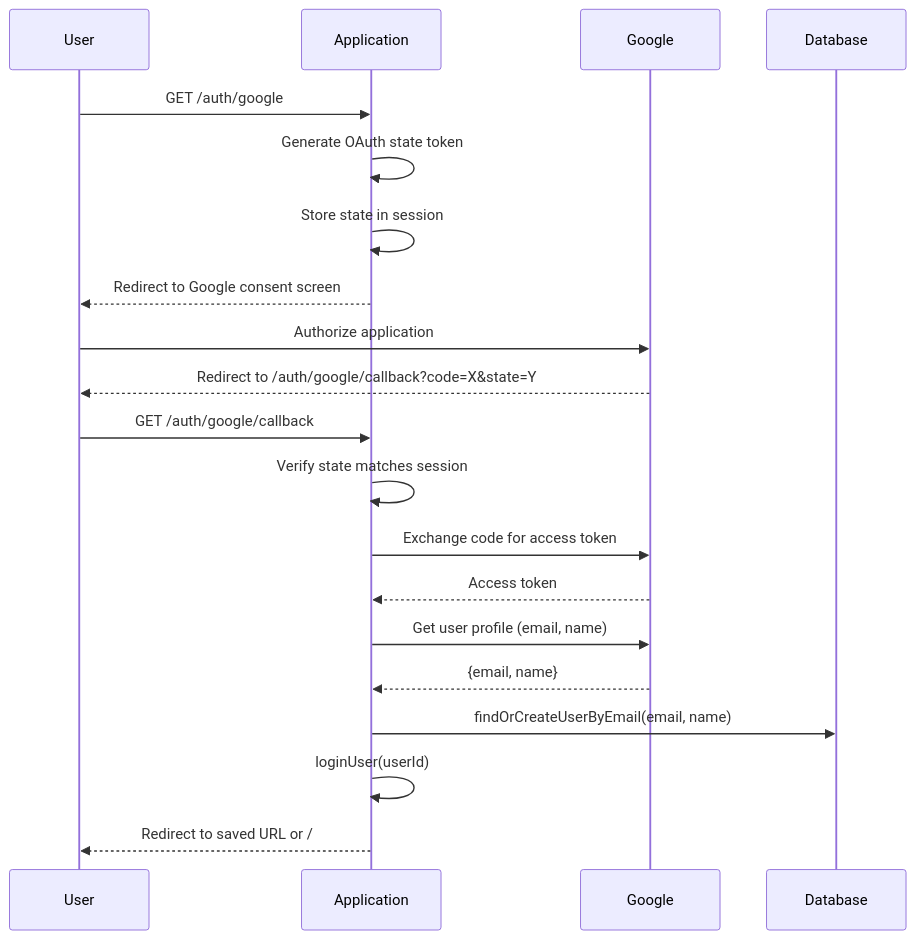
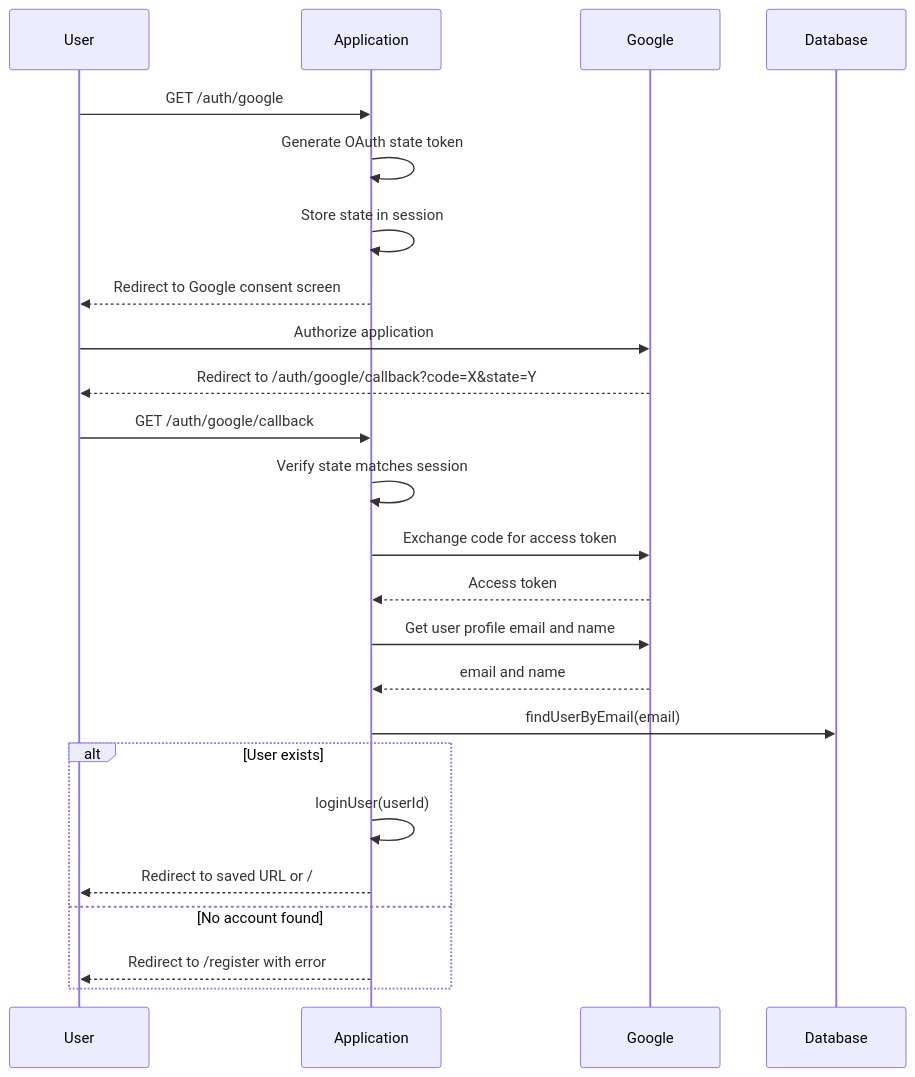
One commit to robsartin/heirloom changed the fifth of 12 diagrams in doc/DEVELOPER.md. Above: the diagram before and after it, drawn with Mermaid. The commit also changed other lines of this file, not shown here.

First line of the commit message:
Fix Mermaid diagrams in developer docs

````diff
--- a/doc/DEVELOPER.md
+++ b/doc/DEVELOPER.md
@@ -135,25 +139,29 @@
 ```mermaid
 sequenceDiagram
     participant U as User
     participant App as Application
     participant G as Google
     participant DB as Database
 
     U->>App: GET /auth/google
     App->>App: Generate OAuth state token
     App->>App: Store state in session
     App-->>U: Redirect to Google consent screen
 
     U->>G: Authorize application
     G-->>U: Redirect to /auth/google/callback?code=X&state=Y
 
     U->>App: GET /auth/google/callback
     App->>App: Verify state matches session
     App->>G: Exchange code for access token
     G-->>App: Access token
-    App->>G: Get user profile (email, name)
-    G-->>App: {email, name}
-    App->>DB: findOrCreateUserByEmail(email, name)
-    App->>App: loginUser(userId)
-    App-->>U: Redirect to saved URL or /
+    App->>G: Get user profile email and name
+    G-->>App: email and name
+    App->>DB: findUserByEmail(email)
+    alt User exists
+        App->>App: loginUser(userId)
+        App-->>U: Redirect to saved URL or /
+    else No account found
+        App-->>U: Redirect to /register with error
+    end
 ```
````
